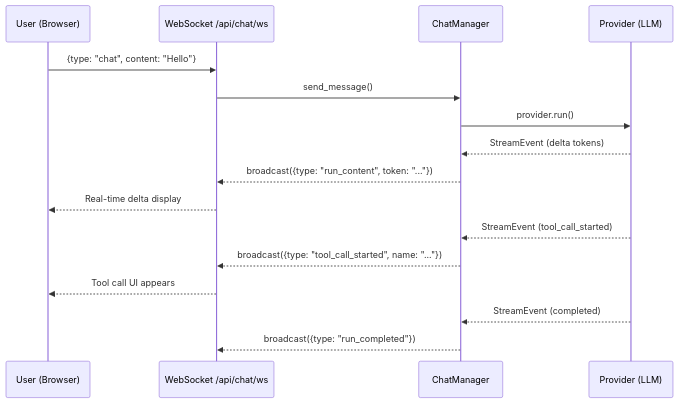
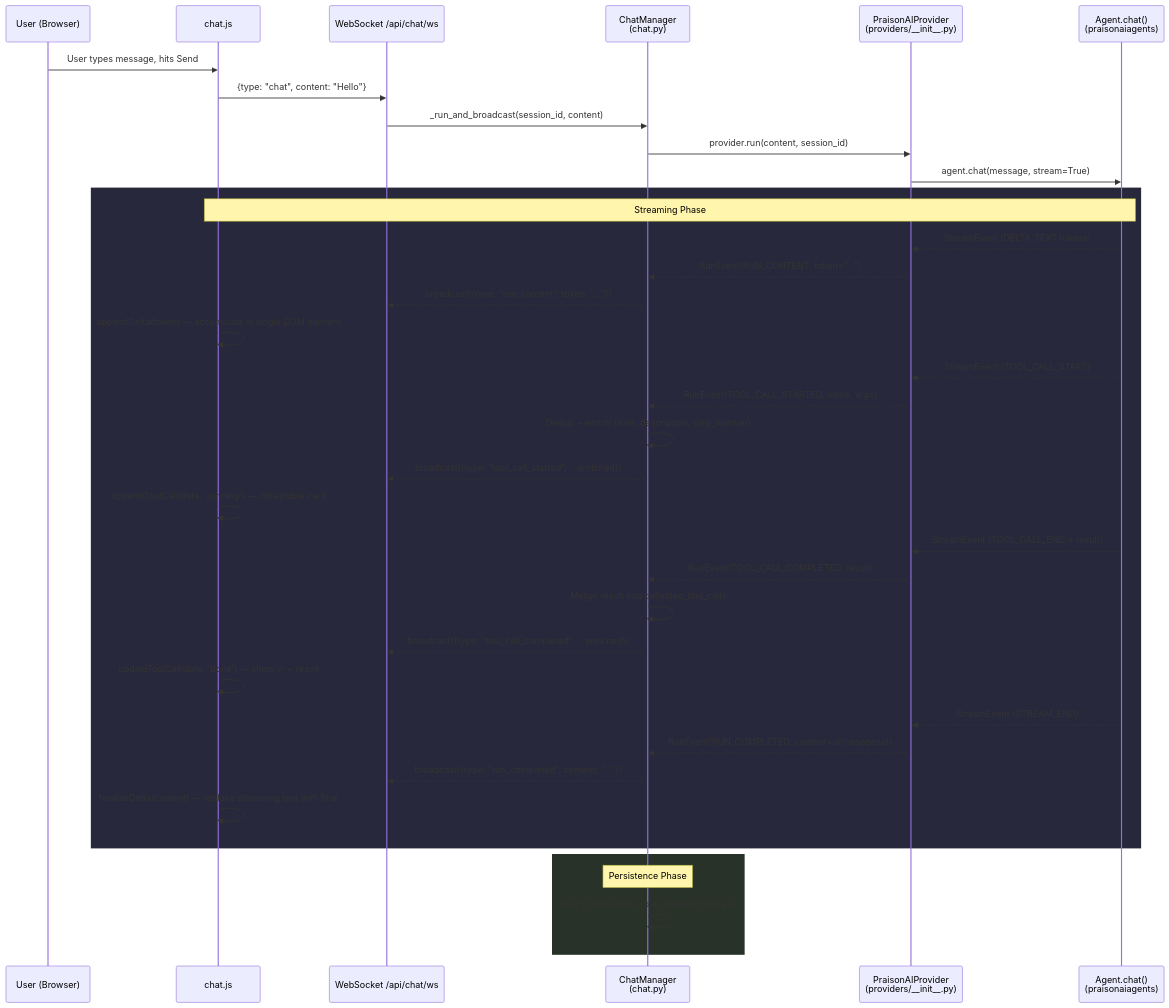
One commit to MervinPraison/PraisonAIUI changed the first of 3 diagrams in docs/features/gateway-chat.md. Above: the diagram before and after it, drawn with Mermaid. The commit also changed other lines of this file and 4 other files, not shown here.

First line of the commit message:
``` docs(gateway-chat): enhance chat documentation with streaming flow details

````diff
--- a/docs/features/gateway-chat.md
+++ b/docs/features/gateway-chat.md
@@ -27,19 +31,45 @@
 ```mermaid
 sequenceDiagram
     participant U as User (Browser)
+    participant JS as chat.js
     participant WS as WebSocket /api/chat/ws
-    participant CM as ChatManager
-    participant P as Provider (LLM)
+    participant CM as ChatManager<br/>(chat.py)
+    participant PR as PraisonAIProvider<br/>(providers/__init__.py)
+    participant SDK as Agent.chat()<br/>(praisonaiagents)
 
-    U->>WS: {type: "chat", content: "Hello"}
-    WS->>CM: send_message()
-    CM->>P: provider.run()
-    P-->>CM: StreamEvent (delta tokens)
+    U->>JS: User types message, hits Send
+    JS->>WS: {type: "chat", content: "Hello"}
+    WS->>CM: _run_and_broadcast(session_id, content)
+    CM->>PR: provider.run(content, session_id)
+    PR->>SDK: agent.chat(message, stream=True)
+
+    rect rgb(40, 40, 60)
+    note over SDK,JS: Streaming Phase
+    SDK-->>PR: StreamEvent (DELTA_TEXT tokens)
+    PR-->>CM: RunEvent(RUN_CONTENT, token="...")
     CM-->>WS: broadcast({type: "run_content", token: "..."})
-    WS-->>U: Real-time delta display
-    P-->>CM: StreamEvent (tool_call_started)
-    CM-->>WS: broadcast({type: "tool_call_started", name: "..."})
-    WS-->>U: Tool call UI appears
-    P-->>CM: StreamEvent (completed)
-    CM-->>WS: broadcast({type: "run_completed"})
+    JS->>JS: appendDelta(token) — accumulate in single DOM element
+
+    SDK-->>PR: StreamEvent (TOOL_CALL_START)
+    PR-->>CM: RunEvent(TOOL_CALL_STARTED, name, args)
+    CM->>CM: Dedup + enrich (icon, description, step_number)
+    CM-->>WS: broadcast({type: "tool_call_started", ...enriched})
+    JS->>JS: appendToolCall(data, 'running') — collapsible card
+
+    SDK-->>PR: StreamEvent (TOOL_CALL_END + result)
+    PR-->>CM: RunEvent(TOOL_CALL_COMPLETED, result)
+    CM->>CM: Merge result into collected_tool_calls
+    CM-->>WS: broadcast({type: "tool_call_completed", ...enriched})
+    JS->>JS: updateToolCall(data, 'done') — show ✓ + result
+
+    SDK-->>PR: StreamEvent (STREAM_END)
+    PR-->>CM: RunEvent(RUN_COMPLETED, content=str(response))
+    CM-->>WS: broadcast({type: "run_completed", content: "..."})
+    JS->>JS: finalizeDelta(content) — replace streaming text with final
+    end
+
+    rect rgb(40, 50, 40)
+    note over CM: Persistence Phase
+    CM->>CM: Save to datastore: {role, content, toolCalls}
+    end
 ```
````
